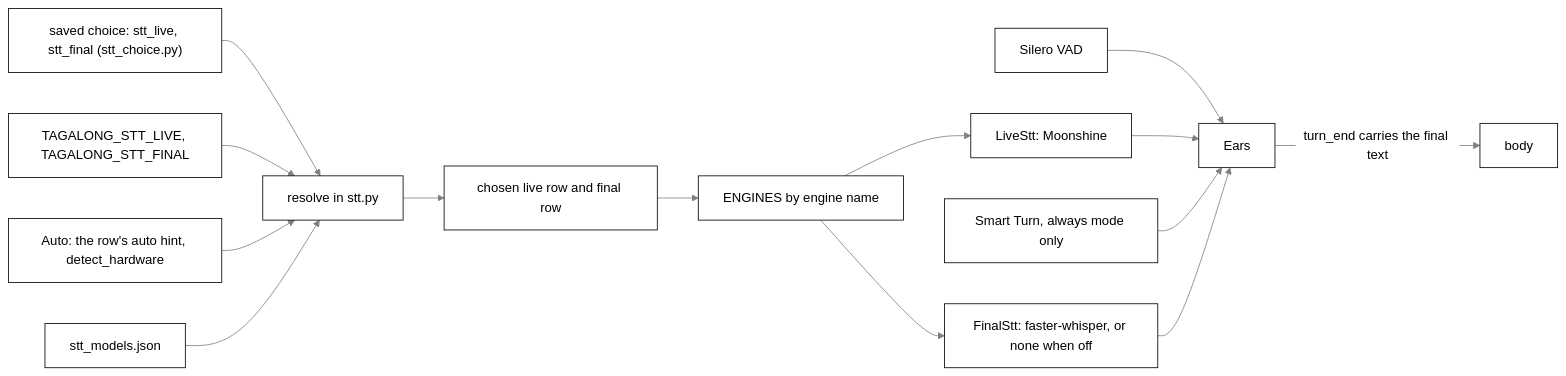
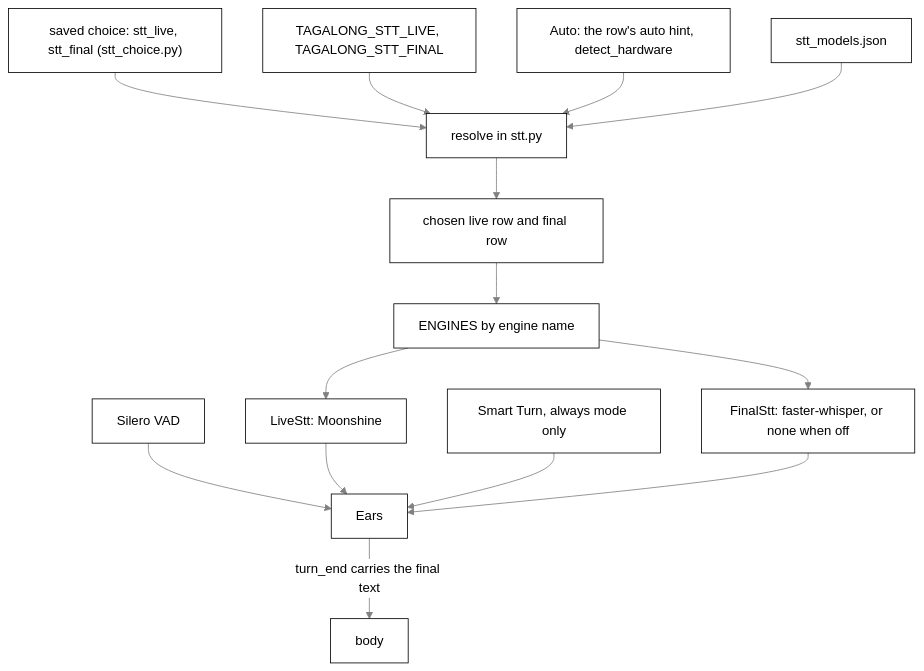
The fourth of 4 diagrams in docs/senses/hearing.md (nadeem4/tagalong), drawn with Mermaid before and after one commit. The commit also changed other lines of this file and 3 other files, not shown here.

````diff
--- a/docs/senses/hearing.md
+++ b/docs/senses/hearing.md
@@ -603,17 +603,17 @@
 ```mermaid
 %%{init: {"theme": "base", "themeVariables": {"primaryColor": "#ffffff", "primaryTextColor": "#000000", "primaryBorderColor": "#000000", "lineColor": "#808080", "arrowheadColor": "#808080", "secondaryColor": "#f2f2f2", "tertiaryColor": "#ffffff", "clusterBkg": "#f7f7f7", "clusterBorder": "#808080", "edgeLabelBackground": "#ffffff", "titleColor": "#808080", "actorBkg": "#ffffff", "actorBorder": "#000000", "actorTextColor": "#000000", "actorLineColor": "#808080", "signalColor": "#808080", "signalTextColor": "#808080", "sequenceNumberColor": "#ffffff", "labelBoxBkgColor": "#ffffff", "labelBoxBorderColor": "#808080", "labelTextColor": "#000000", "loopTextColor": "#808080", "noteBkgColor": "#f7f7f7", "noteBorderColor": "#808080", "noteTextColor": "#000000", "activationBkgColor": "#f7f7f7", "activationBorderColor": "#808080", "fontFamily": "Segoe UI, Helvetica, Arial, sans-serif"}, "themeCSS": ".relationshipLabelBox{opacity:1} .relationshipLabelBox rect{opacity:1}"}}%%
-flowchart LR
+flowchart TD
   saved["saved choice: stt_live, stt_final (stt_choice.py)"] --> resolve["resolve in stt.py"]
   env["TAGALONG_STT_LIVE, TAGALONG_STT_FINAL"] --> resolve
   auto["Auto: the row's auto hint, detect_hardware"] --> resolve
   list["stt_models.json"] --> resolve
   resolve --> row["chosen live row and final row"]
   row --> engines["ENGINES by engine name"]
   engines --> live["LiveStt: Moonshine"]
   engines --> final["FinalStt: faster-whisper, or none when off"]
   silero["Silero VAD"] --> ears["Ears"]
   live --> ears
   smart["Smart Turn, always mode only"] --> ears
   final --> ears
   ears -->|"turn_end carries the final text"| body["body"]
 ```
````
